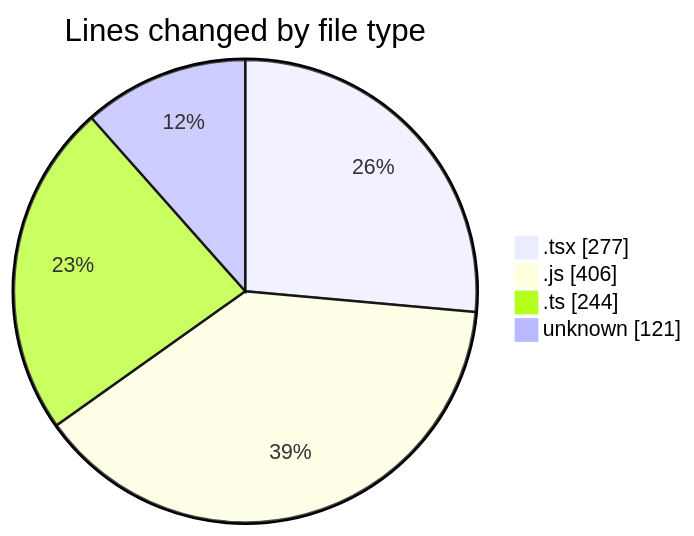
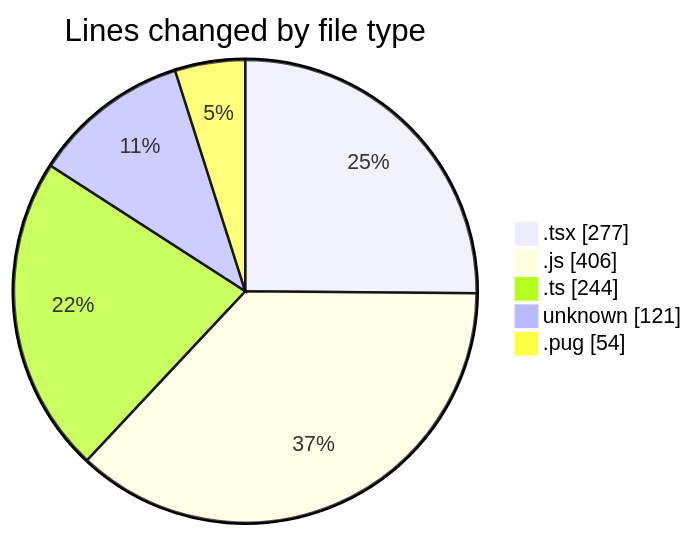
One commit to momahboobian/code-tracking changed the first of 2 diagrams in 2026-06-03/cda/README.md. Above: the diagram before and after it, drawn with Mermaid. The commit also changed other lines of this file and 1 other file, not shown here.

````diff
--- a/2026-06-03/cda/README.md
+++ b/2026-06-03/cda/README.md
@@ -26,8 +27,9 @@
 ```mermaid
 pie showData
 title Lines changed by file type
 ".tsx" : 277
 ".js" : 406
 ".ts" : 244
 "unknown" : 121
+".pug" : 54
 ```
````
